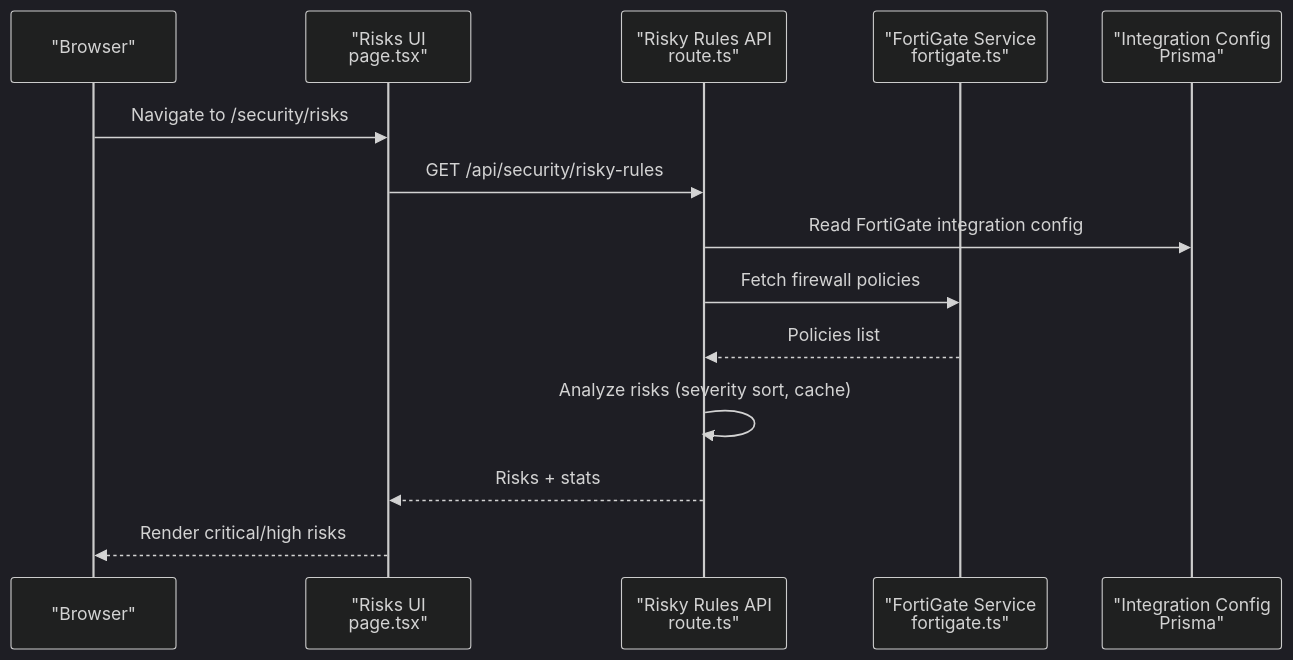
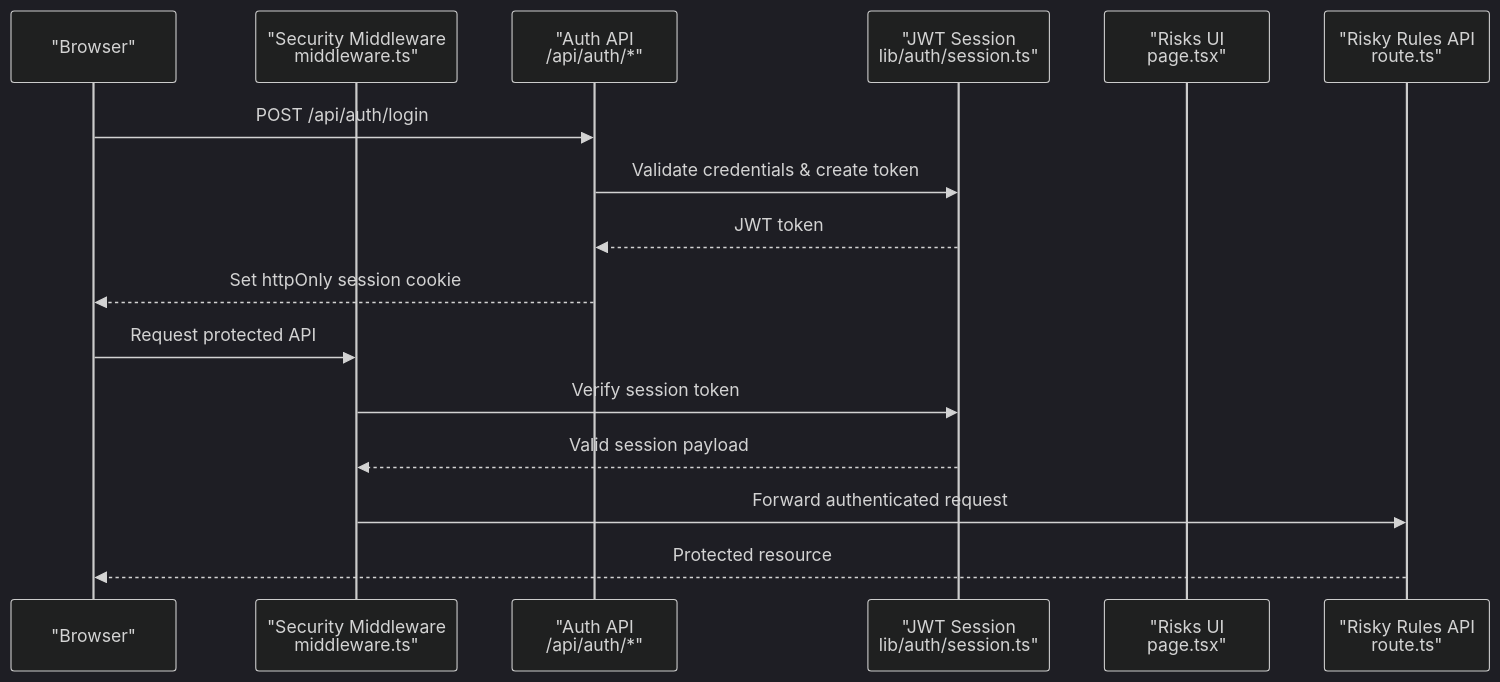
Before and after one commit to celebigilfatih/infrascope: the second of 10 diagrams in .qoder/repowiki/en/content/Security Management/Security Management.md, drawn with Mermaid (dark theme). The commit also changed other lines of this file and 12 other files, not shown here.

First line of the commit message:
feat(api): add authentication, license management, and enhanced security middleware

````diff
--- a/.qoder/repowiki/en/content/Security Management/Security Management.md
+++ b/.qoder/repowiki/en/content/Security Management/Security Management.md
@@ -108,16 +171,18 @@
 ```mermaid
 sequenceDiagram
 participant Browser as "Browser"
+participant MW as "Security Middleware<br/>middleware.ts"
+participant Auth as "Auth API<br/>/api/auth/*"
+participant Session as "JWT Session<br/>lib/auth/session.ts"
 participant UI_Risks as "Risks UI<br/>page.tsx"
 participant API_RR as "Risky Rules API<br/>route.ts"
-participant FG as "FortiGate Service<br/>fortigate.ts"
-participant DB as "Integration Config<br/>Prisma"
-Browser->>UI_Risks : Navigate to /security/risks
-UI_Risks->>API_RR : GET /api/security/risky-rules
-API_RR->>DB : Read FortiGate integration config
-API_RR->>FG : Fetch firewall policies
-FG-->>API_RR : Policies list
-API_RR->>API_RR : Analyze risks (severity sort, cache)
-API_RR-->>UI_Risks : Risks + stats
-UI_Risks-->>Browser : Render critical/high risks
+Browser->>Auth : POST /api/auth/login
+Auth->>Session : Validate credentials & create token
+Session-->>Auth : JWT token
+Auth-->>Browser : Set httpOnly session cookie
+Browser->>MW : Request protected API
+MW->>Session : Verify session token
+Session-->>MW : Valid session payload
+MW->>API_RR : Forward authenticated request
+API_RR-->>Browser : Protected resource
 ```
````
